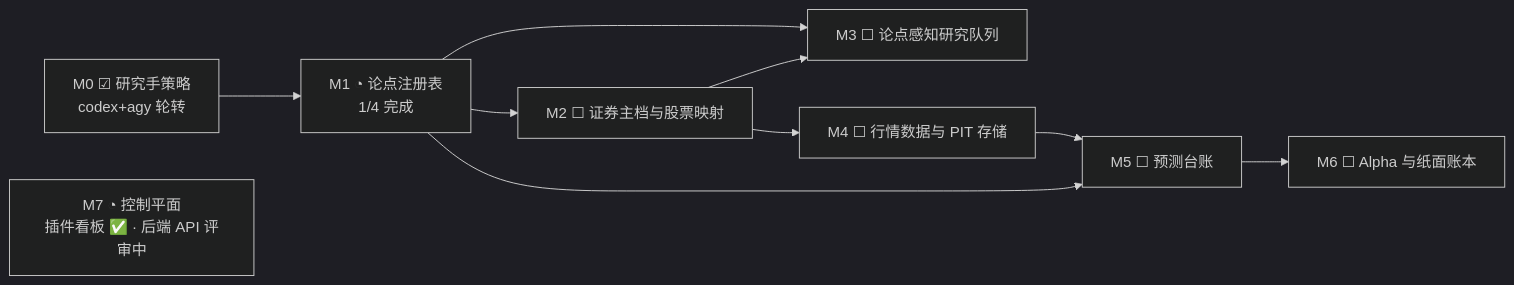
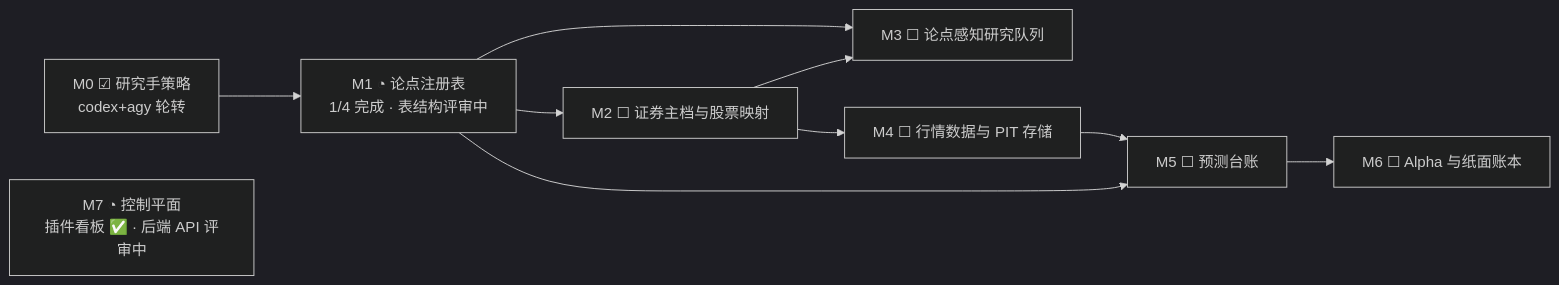
One commit to dmquant/institute-one changed the first of 2 diagrams in README.zh-CN.md. Above: the diagram before and after it, drawn with Mermaid (dark theme). The commit also changed other lines of this file and 8 other files, not shown here.

First line of the commit message:
Add thesis and market import schema migration (M1-001)

````diff
--- a/README.zh-CN.md
+++ b/README.zh-CN.md
@@ -155,15 +155,15 @@
 ```mermaid
 flowchart LR
     M0["M0 ☑ 研究手策略<br/>codex+agy 轮转"]
-    M1["M1 ◔ 论点注册表<br/>1/4 完成"]
+    M1["M1 ◔ 论点注册表<br/>1/4 完成 · 表结构评审中"]
     M2["M2 ☐ 证券主档与股票映射"]
     M3["M3 ☐ 论点感知研究队列"]
     M4["M4 ☐ 行情数据与 PIT 存储"]
     M5["M5 ☐ 预测台账"]
     M6["M6 ☐ Alpha 与纸面账本"]
     M7["M7 ◔ 控制平面<br/>插件看板 ✅ · 后端 API 评审中"]
     M0 --> M1 --> M2
     M1 & M2 --> M3
     M2 --> M4 --> M5 --> M6
     M1 --> M5
 ```
````
